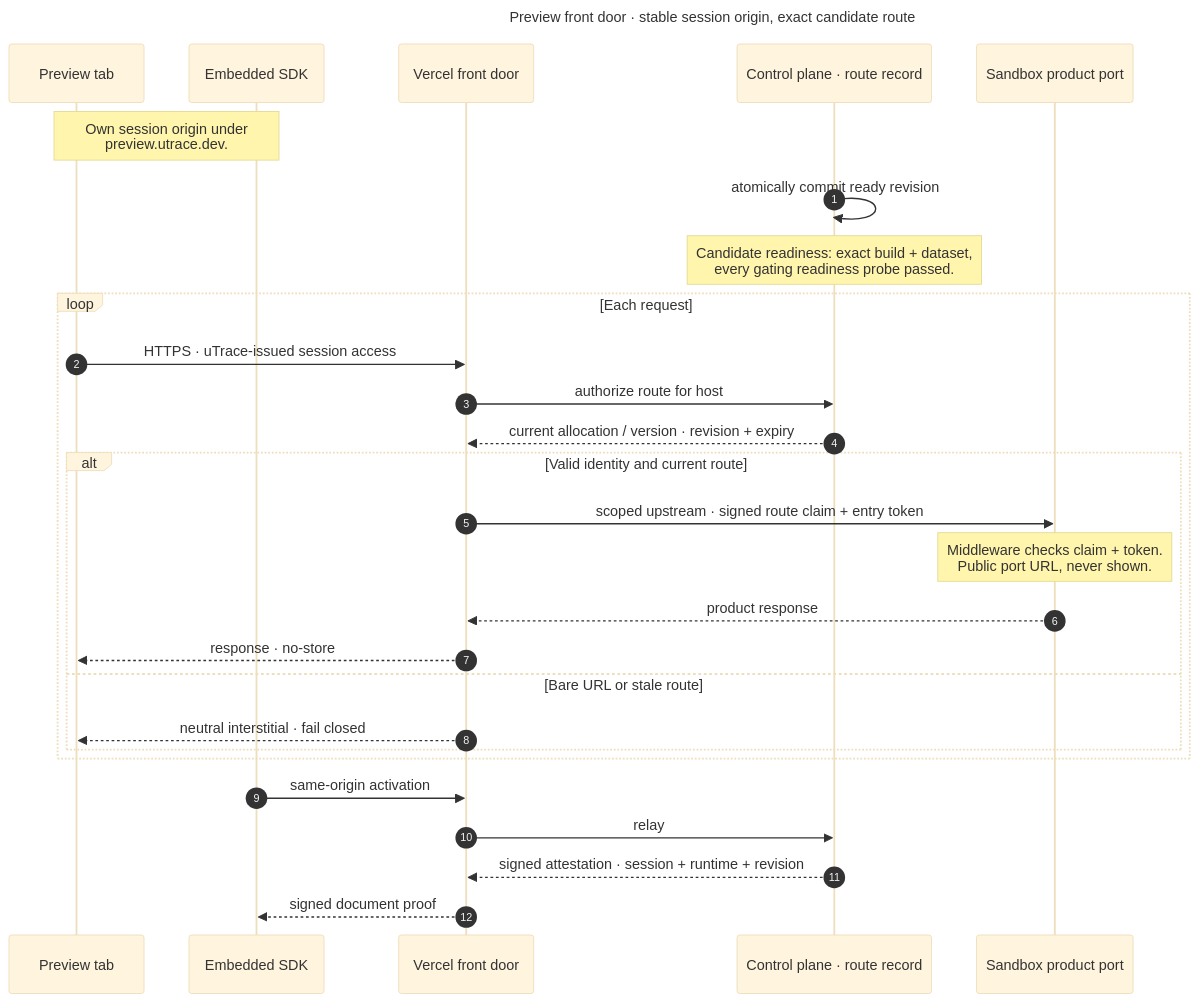
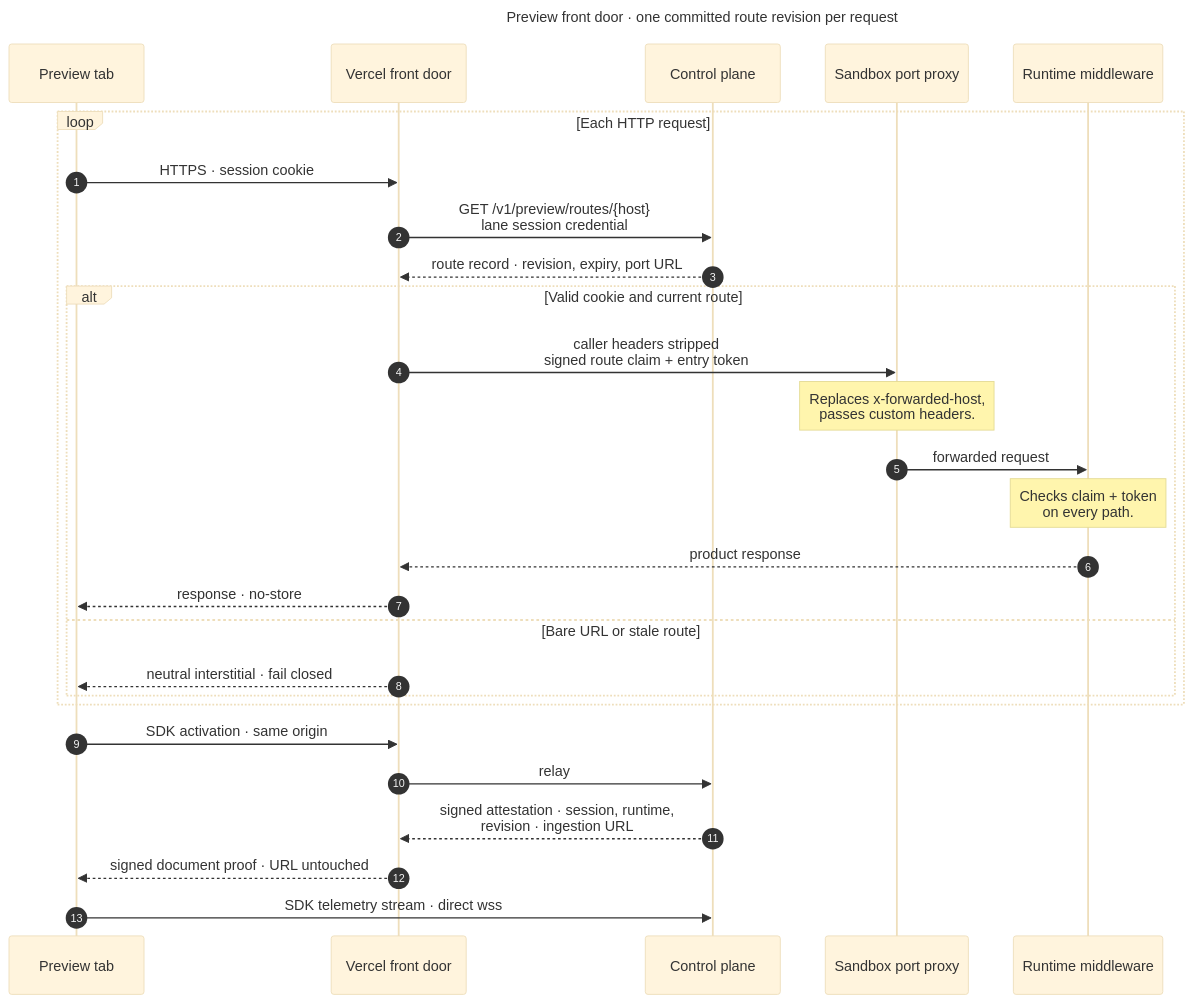
Before and after one commit to rithm84/userTrace: the diagram in docs/diagrams/pele/preview-front-door.mmd, drawn with Mermaid (base theme). The commit also changed 628 other files, not shown here.

```diff
--- a/docs/diagrams/pele/preview-front-door.mmd
+++ b/docs/diagrams/pele/preview-front-door.mmd
@@ -1,31 +1,31 @@
 ---
-title: Preview front door · stable session origin, exact candidate route
+title: Preview front door · one committed route revision per request
 ---
 sequenceDiagram
   autonumber
   participant page as Preview tab
-  participant sdk as Embedded SDK
   participant door as Vercel front door
-  participant cp as Control plane · route record
-  participant port as Sandbox product port
+  participant cp as Control plane
+  participant proxy as Sandbox port proxy
+  participant mw as Runtime middleware
 
-  Note over page,sdk: Own session origin under<br/>preview.utrace.dev.
-  cp->>cp: atomically commit ready revision
-  Note over cp: Candidate readiness: exact build + dataset,<br/>every gating readiness probe passed.
-  loop Each request
-    page->>door: HTTPS · uTrace-issued session access
-    door->>cp: authorize route for host
-    cp-->>door: current allocation / version · revision + expiry
-    alt Valid identity and current route
-      door->>port: scoped upstream · signed route claim + entry token
-      Note over port: Middleware checks claim + token.<br/>Public port URL, never shown.
-      port-->>door: product response
+  loop Each HTTP request
+    page->>door: HTTPS · session cookie
+    door->>cp: GET /v1/preview/routes/{host}<br/>lane session credential
+    cp-->>door: route record · revision, expiry, port URL
+    alt Valid cookie and current route
+      door->>proxy: caller headers stripped<br/>signed route claim + entry token
+      Note over proxy: Replaces x-forwarded-host,<br/>passes custom headers.
+      proxy->>mw: forwarded request
+      Note over mw: Checks claim + token<br/>on every path.
+      mw-->>door: product response
       door-->>page: response · no-store
     else Bare URL or stale route
       door-->>page: neutral interstitial · fail closed
     end
   end
-  sdk->>door: same-origin activation
+  page->>door: SDK activation · same origin
   door->>cp: relay
-  cp-->>door: signed attestation · session + runtime + revision
-  door-->>sdk: signed document proof
+  cp-->>door: signed attestation · session, runtime,<br/>revision · ingestion URL
+  door-->>page: signed document proof · URL untouched
+  page->>cp: SDK telemetry stream · direct wss
```
